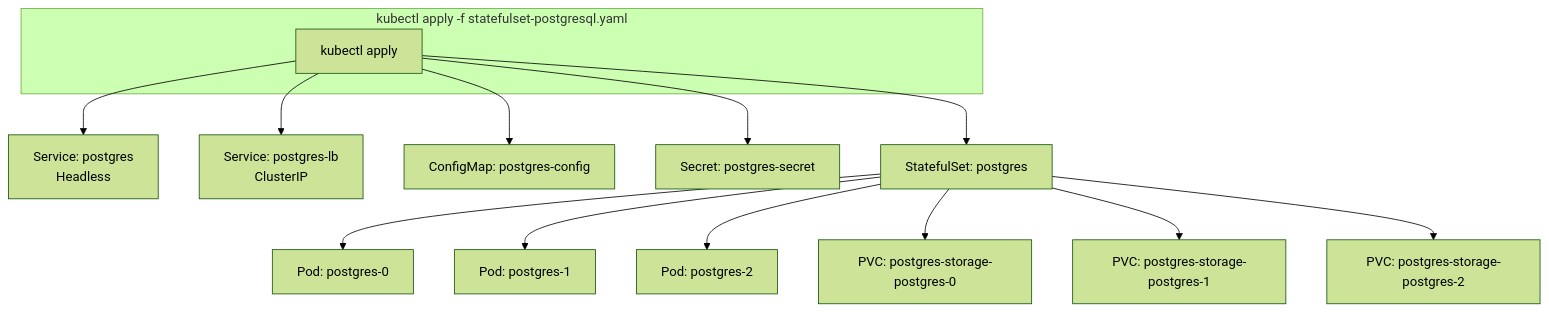
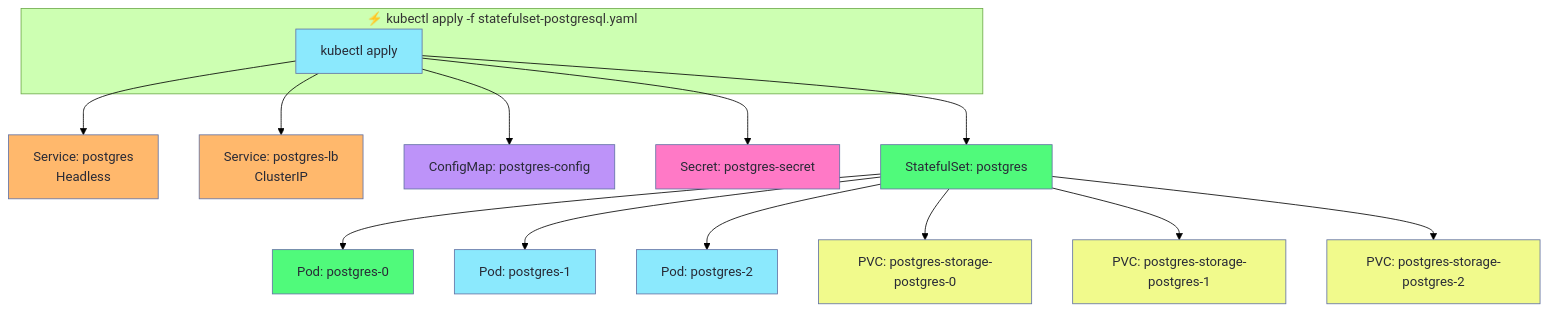
Before and after one commit to selvakumarperumal/k8s_minikube_learn: the first of 17 diagrams in Workload_and_Application_Management/statefulset-postgresql-explained.md, drawn with Mermaid (forest theme). The commit also changed other lines of this file, not shown here.

Commit message:
Apply Dracula theme colors to all diagrams for consistent visibility in dark mode

````diff
--- a/Workload_and_Application_Management/statefulset-postgresql-explained.md
+++ b/Workload_and_Application_Management/statefulset-postgresql-explained.md
@@ -13,20 +13,33 @@
 ```mermaid
 graph TB
-    subgraph "kubectl apply -f statefulset-postgresql.yaml"
+    subgraph CMD_BOX["⚡ kubectl apply -f statefulset-postgresql.yaml"]
         CMD[kubectl apply]
     end
     
     CMD --> SVC1[Service: postgres<br/>Headless]
     CMD --> SVC2[Service: postgres-lb<br/>ClusterIP]
     CMD --> CM[ConfigMap: postgres-config]
     CMD --> SEC[Secret: postgres-secret]
     CMD --> STS[StatefulSet: postgres]
     
     STS --> POD0[Pod: postgres-0]
     STS --> POD1[Pod: postgres-1]
     STS --> POD2[Pod: postgres-2]
     
     STS --> PVC0[PVC: postgres-storage-postgres-0]
     STS --> PVC1[PVC: postgres-storage-postgres-1]
     STS --> PVC2[PVC: postgres-storage-postgres-2]
+    
+    style CMD fill:#8be9fd,stroke:#6272a4,color:#282a36
+    style SVC1 fill:#ffb86c,stroke:#6272a4,color:#282a36
+    style SVC2 fill:#ffb86c,stroke:#6272a4,color:#282a36
+    style CM fill:#bd93f9,stroke:#6272a4,color:#282a36
+    style SEC fill:#ff79c6,stroke:#6272a4,color:#282a36
+    style STS fill:#50fa7b,stroke:#6272a4,color:#282a36
+    style POD0 fill:#50fa7b,stroke:#6272a4,color:#282a36
+    style POD1 fill:#8be9fd,stroke:#6272a4,color:#282a36
+    style POD2 fill:#8be9fd,stroke:#6272a4,color:#282a36
+    style PVC0 fill:#f1fa8c,stroke:#6272a4,color:#282a36
+    style PVC1 fill:#f1fa8c,stroke:#6272a4,color:#282a36
+    style PVC2 fill:#f1fa8c,stroke:#6272a4,color:#282a36
 ```
````
